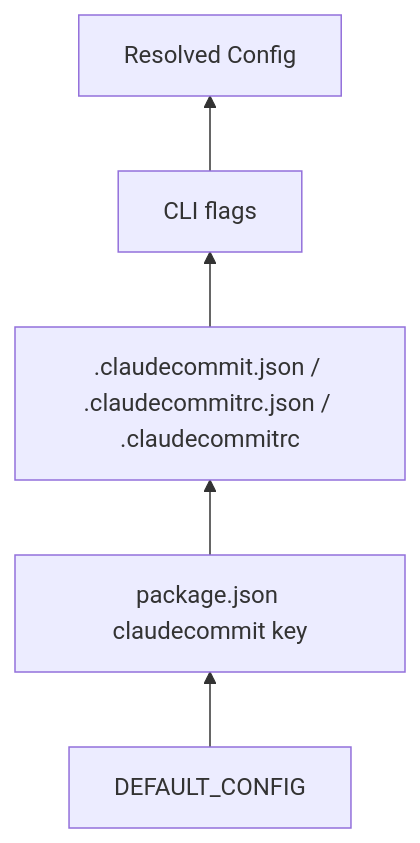
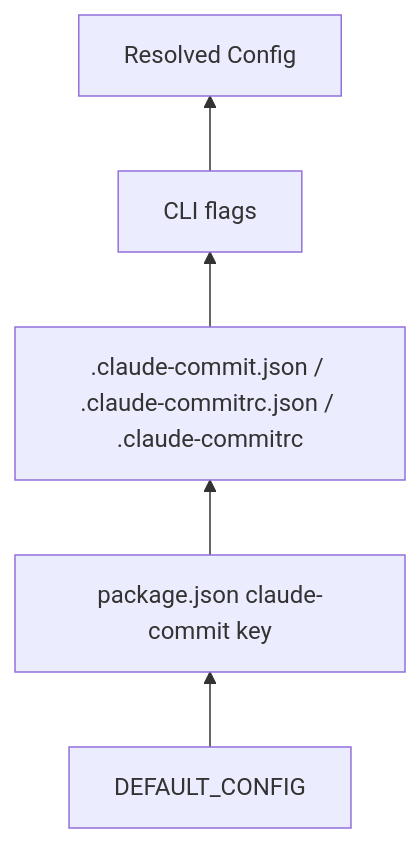
One commit to synmux/claude-commit changed the third of 7 diagrams in WALKTHROUGH.md. Above: the diagram before and after it, drawn with Mermaid. The commit also changed other lines of this file and 16 other files, not shown here.

First line of the commit message:
♻️ refactor!: rename project from claudecommit to @synmux/claude-commit

````diff
--- a/WALKTHROUGH.md
+++ b/WALKTHROUGH.md
@@ -118,7 +118,7 @@
 ```mermaid
 flowchart BT
-  defaults[DEFAULT_CONFIG] --> pkg[package.json claudecommit key]
-  pkg --> file[.claudecommit.json / .claudecommitrc.json / .claudecommitrc]
+  defaults[DEFAULT_CONFIG] --> pkg[package.json claude-commit key]
+  pkg --> file[.claude-commit.json / .claude-commitrc.json / .claude-commitrc]
   file --> flags[CLI flags]
   flags --> resolved[Resolved Config]
 ```
````
